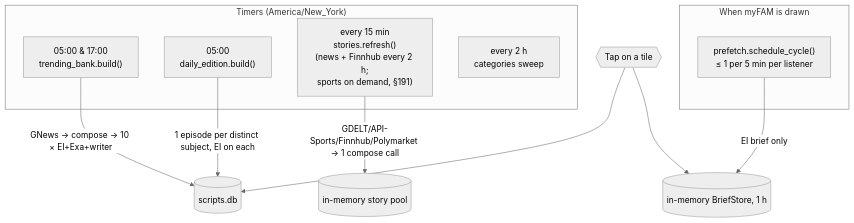
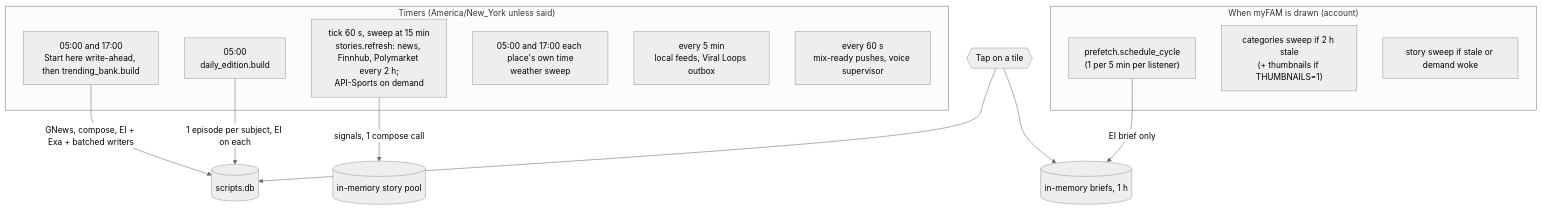
Before and after one commit to tjweingart-byte/FAM: the fourth of 5 diagrams in docs/BACKEND.md, drawn with Mermaid (neutral theme). The commit also changed other lines of this file, not shown here.

First line of the commit message:
Docs: BACKEND.md brought current through §204 (every route, every job, every call site)

````diff
--- a/docs/BACKEND.md
+++ b/docs/BACKEND.md
@@ -148,18 +337,22 @@
 ```mermaid
 flowchart TB
-  subgraph Timers["Timers (America/New_York)"]
-    T1["05:00 & 17:00<br/>trending_bank.build()"]
-    T2["05:00<br/>daily_edition.build()"]
-    T3["every 15 min<br/>stories.refresh()<br/>(news + Finnhub every 2 h;<br/>sports on demand, §191)"]
-    T4["every 2 h<br/>categories sweep"]
+  subgraph Timers["Timers (America/New_York unless said)"]
+    T1["05:00 and 17:00<br/>Start here write-ahead, then trending_bank.build"]
+    T2["05:00<br/>daily_edition.build"]
+    T3["tick 60 s, sweep at 15 min<br/>stories.refresh: news, Finnhub, Polymarket every 2 h;<br/>API-Sports on demand"]
+    T4["05:00 and 17:00 each place's own time<br/>weather sweep"]
+    T5["every 5 min<br/>local feeds, Viral Loops outbox"]
+    T6["every 60 s<br/>mix-ready pushes, voice supervisor"]
   end
-  subgraph OnView["When myFAM is drawn"]
-    T5["prefetch.schedule_cycle()<br/>≤ 1 per 5 min per listener"]
+  subgraph OnView["When myFAM is drawn (account)"]
+    D1["prefetch.schedule_cycle<br/>(1 per 5 min per listener)"]
+    D2["categories sweep if 2 h stale<br/>(+ thumbnails if THUMBNAILS=1)"]
+    D3["story sweep if stale or demand woke"]
   end
-  T1 -->|GNews → compose → 10 × EI+Exa+writer| CACHE[(scripts.db)]
-  T2 -->|1 episode per distinct subject, EI on each| CACHE
-  T3 -->|GDELT/API-Sports/Finnhub/Polymarket → 1 compose call| POOL[(in-memory story pool)]
-  T5 -->|EI brief only| BRIEFS[(in-memory BriefStore, 1 h)]
+  T1 -->|GNews, compose, EI + Exa + batched writers| CACHE[("scripts.db")]
+  T2 -->|1 episode per subject, EI on each| CACHE
+  T3 -->|signals, 1 compose call| POOL[("in-memory story pool")]
+  D1 -->|EI brief only| BRIEFS[("in-memory briefs, 1 h")]
   TAP{{Tap on a tile}} --> CACHE
   TAP --> BRIEFS
 ```
````
